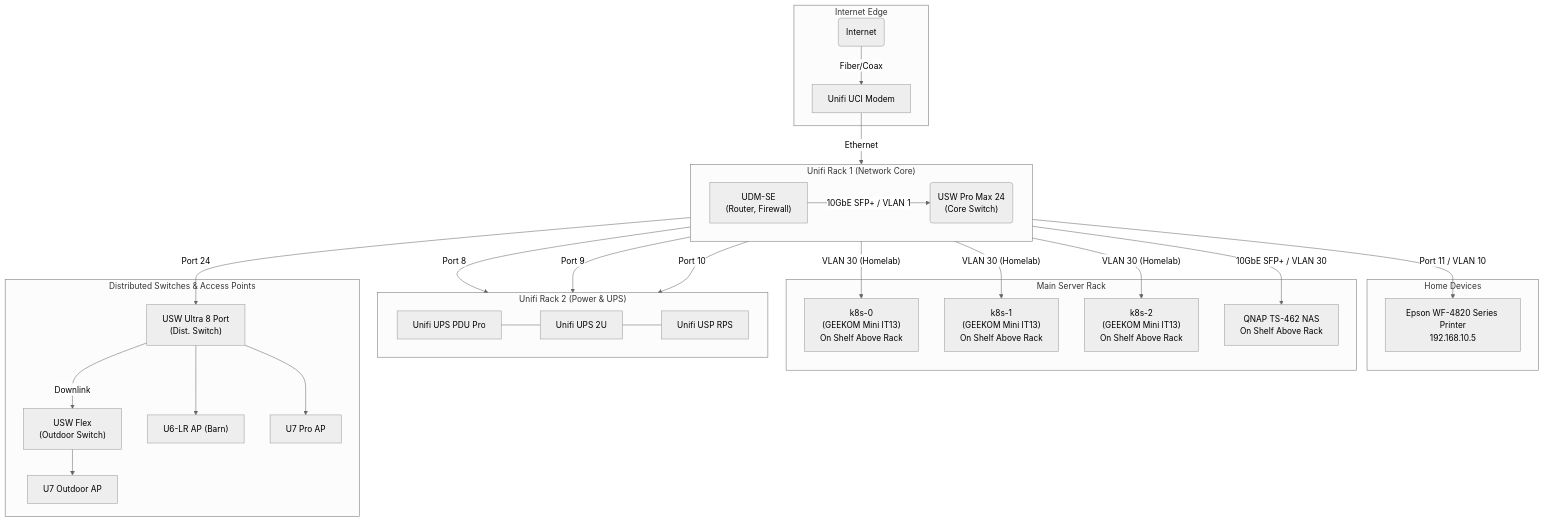
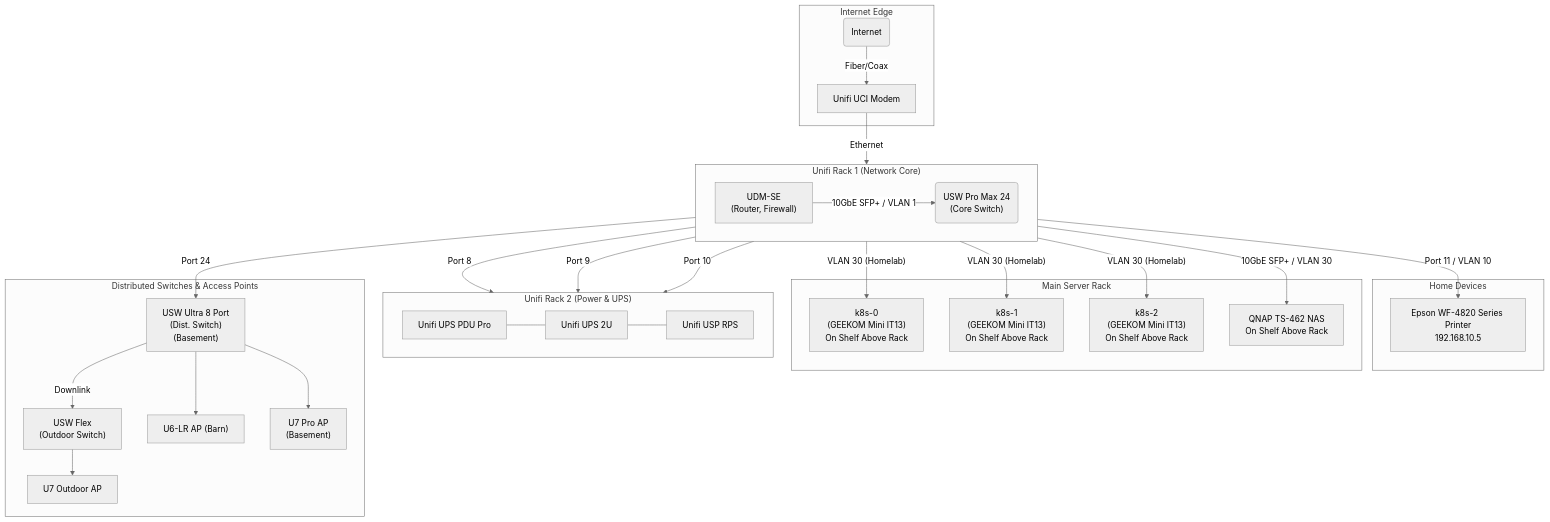
One commit to dmfrey/home-gitops changed the diagram in infrastructure.md. Above: the diagram before and after it, drawn with Mermaid (neutral theme).

Commit message:
update infrastructure

```diff
--- a/infrastructure.md
+++ b/infrastructure.md
@@ -45,11 +45,13 @@
 
     subgraph "Distributed Switches & Access Points"
         USWUltra8["USW Ultra 8 Port
-(Dist. Switch)"]
+(Dist. Switch)
+(Basement)"]
         USWFlex["USW Flex
 (Outdoor Switch)"]
         U6LR["U6-LR AP"]
-        U7Pro["U7 Pro AP"]
+        U7Pro["U7 Pro AP
+(Basement)"]
         U7Outdoor["U7 Outdoor AP"]
     end
 
```
